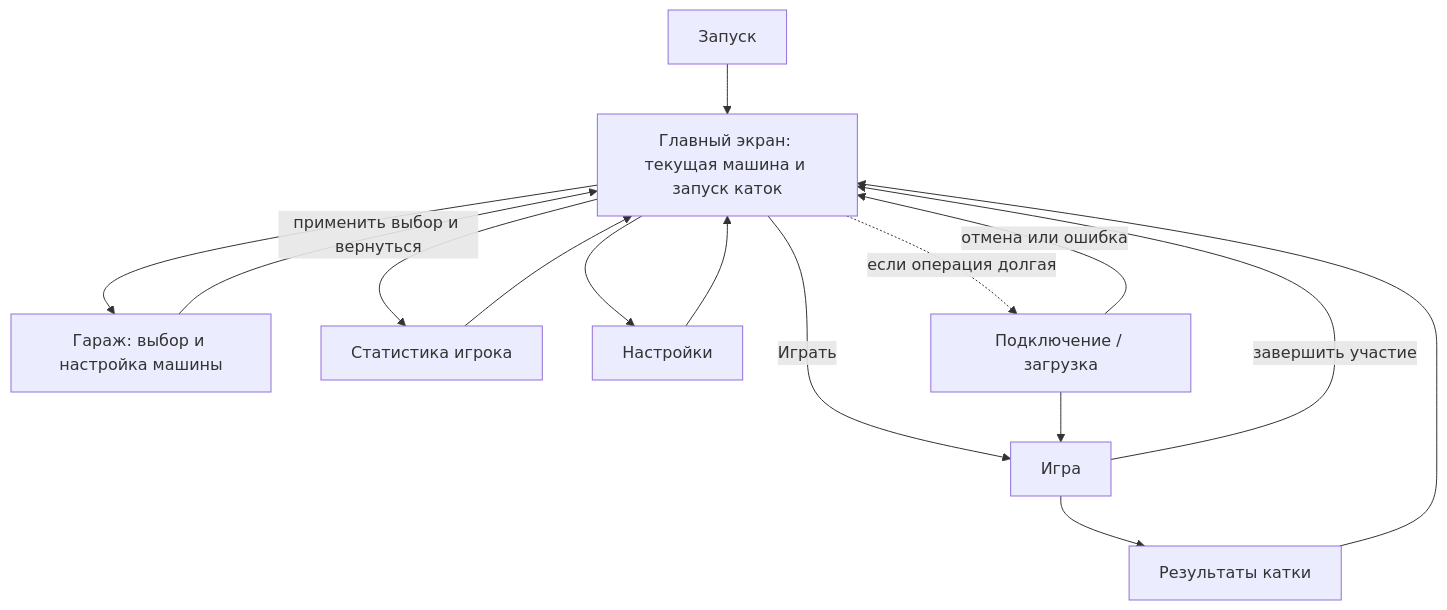
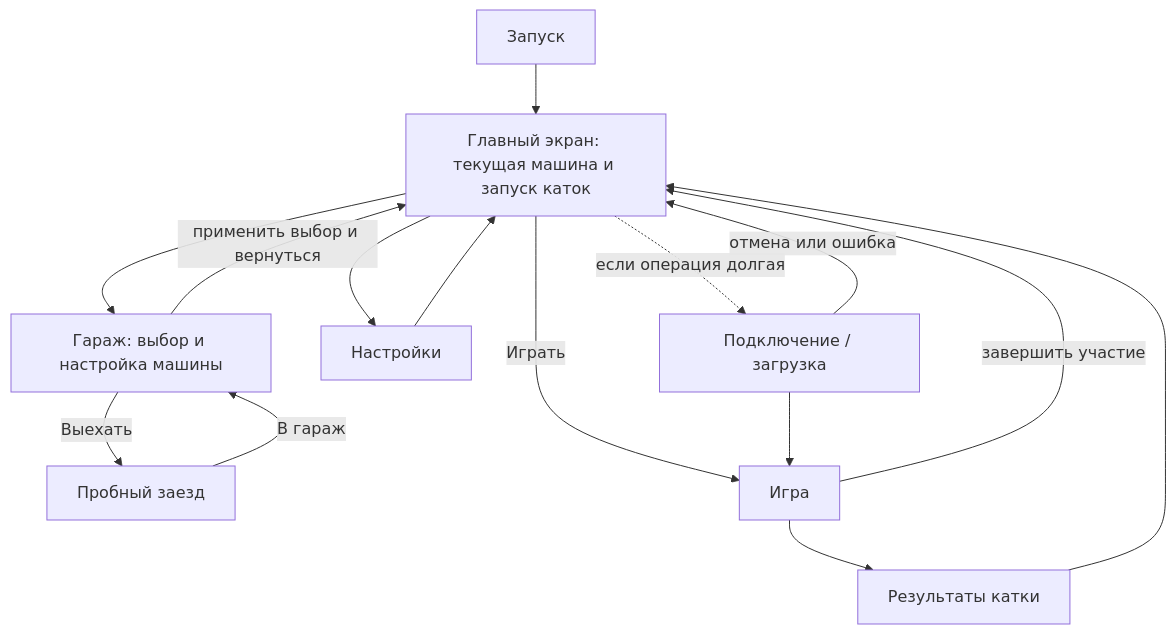
One commit to nikita2015mesh-stack/Tanks changed the diagram in Docs/SCREENS_AND_FLOWS.md. Above: the diagram before and after it, drawn with Mermaid. The commit also changed other lines of this file and 33 other files, not shown here.

````diff
--- a/Docs/SCREENS_AND_FLOWS.md
+++ b/Docs/SCREENS_AND_FLOWS.md
@@ -19,17 +19,17 @@
 ```mermaid
 flowchart TD
     Boot[Запуск] --> Main[Главный экран: текущая машина и запуск каток]
     Main --> Garage[Гараж: выбор и настройка машины]
     Garage -->|применить выбор и вернуться| Main
-    Main --> Stats[Статистика игрока]
-    Stats --> Main
+    Garage -->|Выехать| TestDrive[Пробный заезд]
+    TestDrive -->|В гараж| Garage
     Main --> Settings[Настройки]
     Settings --> Main
     Main -->|Играть| Game[Игра]
     Main -.->|если операция долгая| Loading[Подключение / загрузка]
     Loading --> Game
     Loading -->|отмена или ошибка| Main
     Game --> Results[Результаты катки]
     Results --> Main
     Game -->|завершить участие| Main
 ```
````
